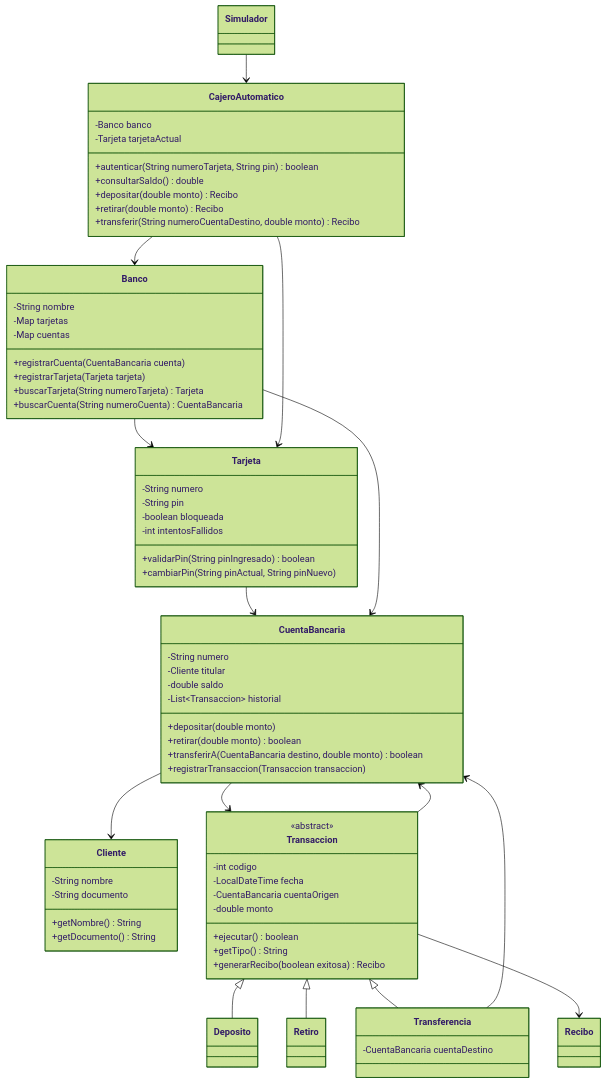
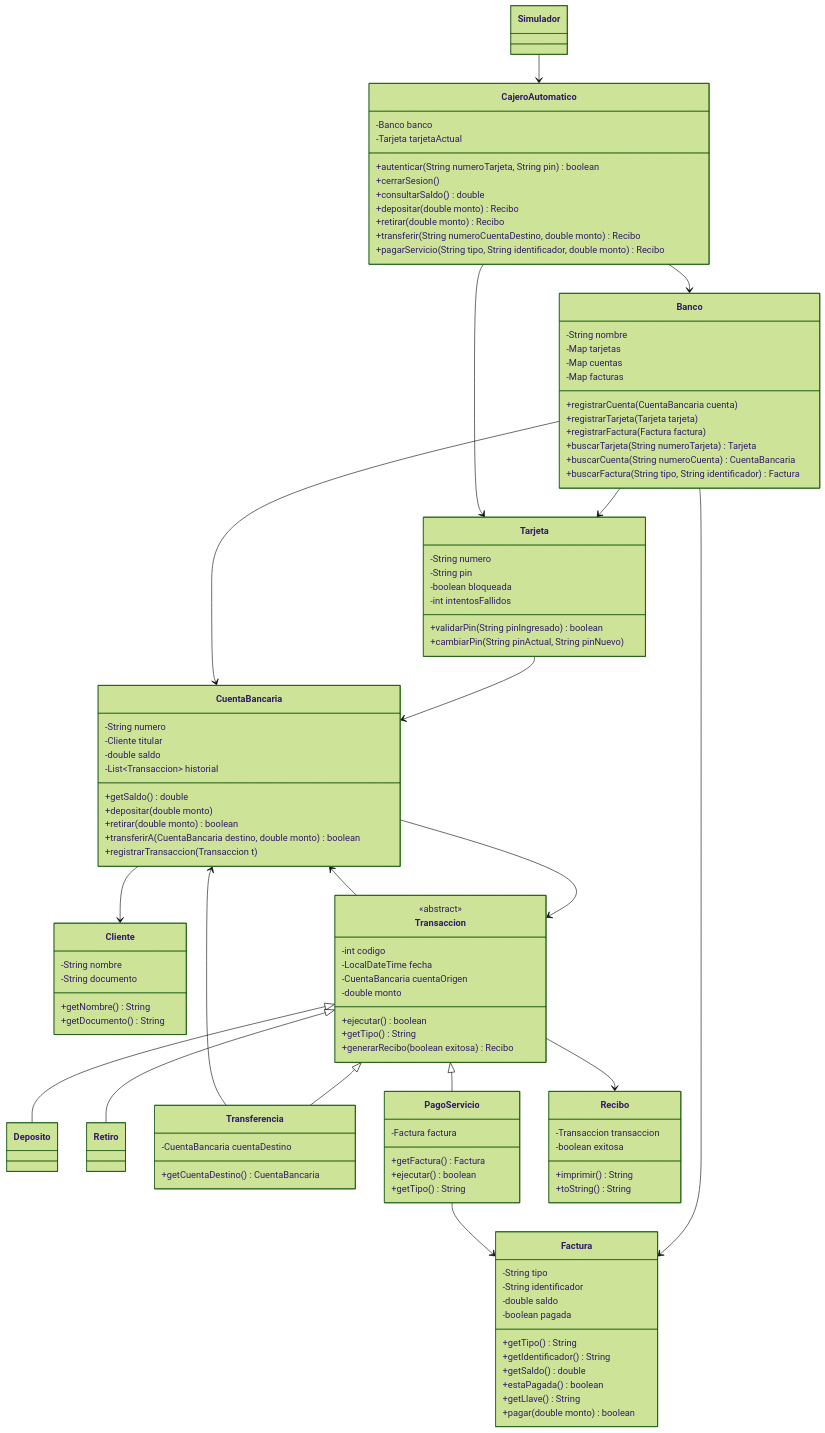
Before and after one commit to alexeiiw/programacion2-umg: the first of 5 diagrams in CajeroAutomatico/diagramas.md, drawn with Mermaid (forest theme). The commit also changed other lines of this file and 16 other files, not shown here.

````diff
--- a/CajeroAutomatico/diagramas.md
+++ b/CajeroAutomatico/diagramas.md
@@ -18,10 +19,11 @@
         -Cliente titular
         -double saldo
         -List~Transaccion~ historial
+        +getSaldo() double
         +depositar(double monto)
         +retirar(double monto) boolean
         +transferirA(CuentaBancaria destino, double monto) boolean
-        +registrarTransaccion(Transaccion transaccion)
+        +registrarTransaccion(Transaccion t)
     }
 
     class Tarjeta {
@@ -37,20 +39,25 @@
         -String nombre
         -Map tarjetas
         -Map cuentas
+        -Map facturas
         +registrarCuenta(CuentaBancaria cuenta)
         +registrarTarjeta(Tarjeta tarjeta)
+        +registrarFactura(Factura factura)
         +buscarTarjeta(String numeroTarjeta) Tarjeta
         +buscarCuenta(String numeroCuenta) CuentaBancaria
+        +buscarFactura(String tipo, String identificador) Factura
     }
 
     class CajeroAutomatico {
         -Banco banco
         -Tarjeta tarjetaActual
         +autenticar(String numeroTarjeta, String pin) boolean
+        +cerrarSesion()
         +consultarSaldo() double
         +depositar(double monto) Recibo
         +retirar(double monto) Recibo
         +transferir(String numeroCuentaDestino, double monto) Recibo
+        +pagarServicio(String tipo, String identificador, double monto) Recibo
     }
 
     class Transaccion {
@@ -66,10 +73,39 @@
 
     class Deposito
     class Retiro
+
     class Transferencia {
         -CuentaBancaria cuentaDestino
+        +getCuentaDestino() CuentaBancaria
     }
-    class Recibo
+
+    class Factura {
+        -String tipo
+        -String identificador
+        -double saldo
+        -boolean pagada
+        +getTipo() String
+        +getIdentificador() String
+        +getSaldo() double
+        +estaPagada() boolean
+        +getLlave() String
+        +pagar(double monto) boolean
+    }
+
+    class PagoServicio {
+        -Factura factura
+        +getFactura() Factura
+        +ejecutar() boolean
+        +getTipo() String
+    }
+
+    class Recibo {
+        -Transaccion transaccion
+        -boolean exitosa
+        +imprimir() String
+        +toString() String
+    }
+
     class Simulador
 
     CuentaBancaria --> Cliente
@@ -77,13 +113,16 @@
     Tarjeta --> CuentaBancaria
     Banco --> Tarjeta
     Banco --> CuentaBancaria
+    Banco --> Factura
     CajeroAutomatico --> Banco
     CajeroAutomatico --> Tarjeta
     Transaccion --> CuentaBancaria
     Transaccion <|-- Deposito
     Transaccion <|-- Retiro
     Transaccion <|-- Transferencia
+    Transaccion <|-- PagoServicio
     Transaccion --> Recibo
     Transferencia --> CuentaBancaria
+    PagoServicio --> Factura
     Simulador --> CajeroAutomatico
 ```
````
